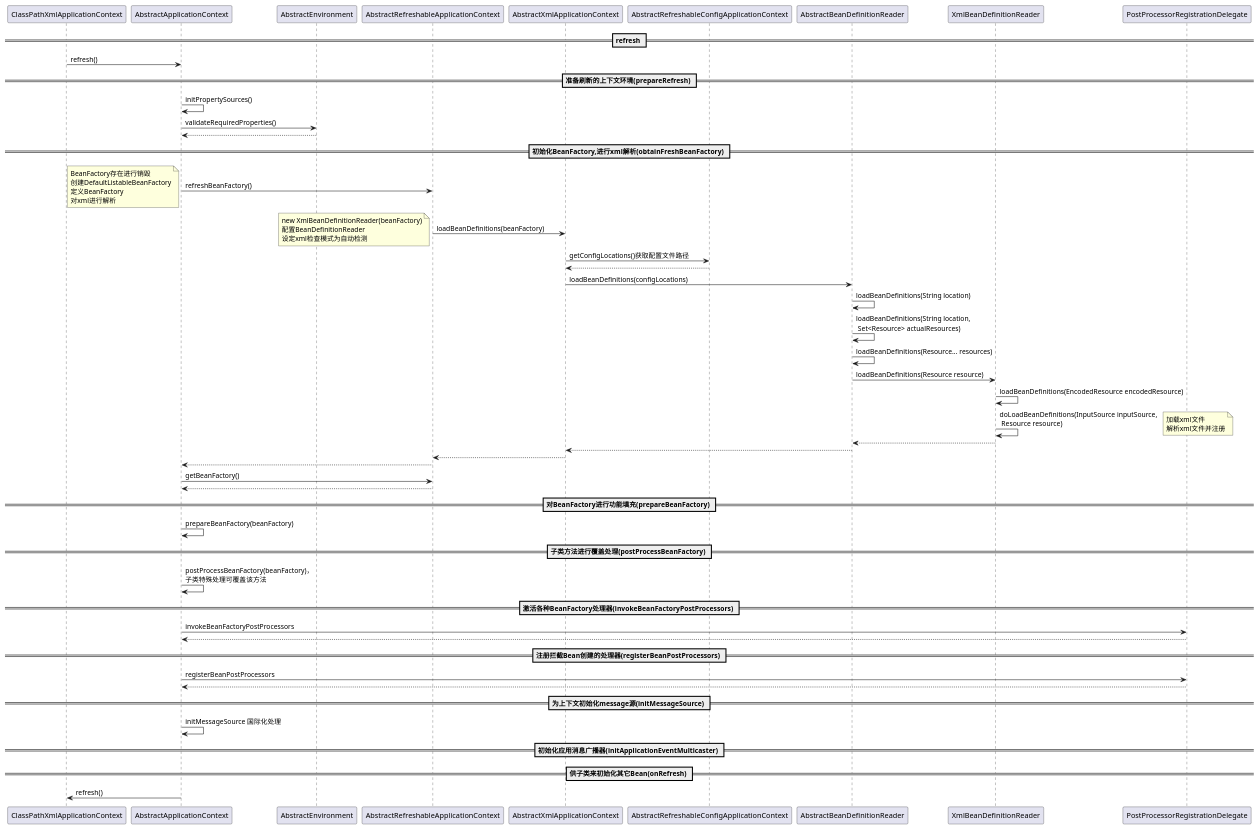
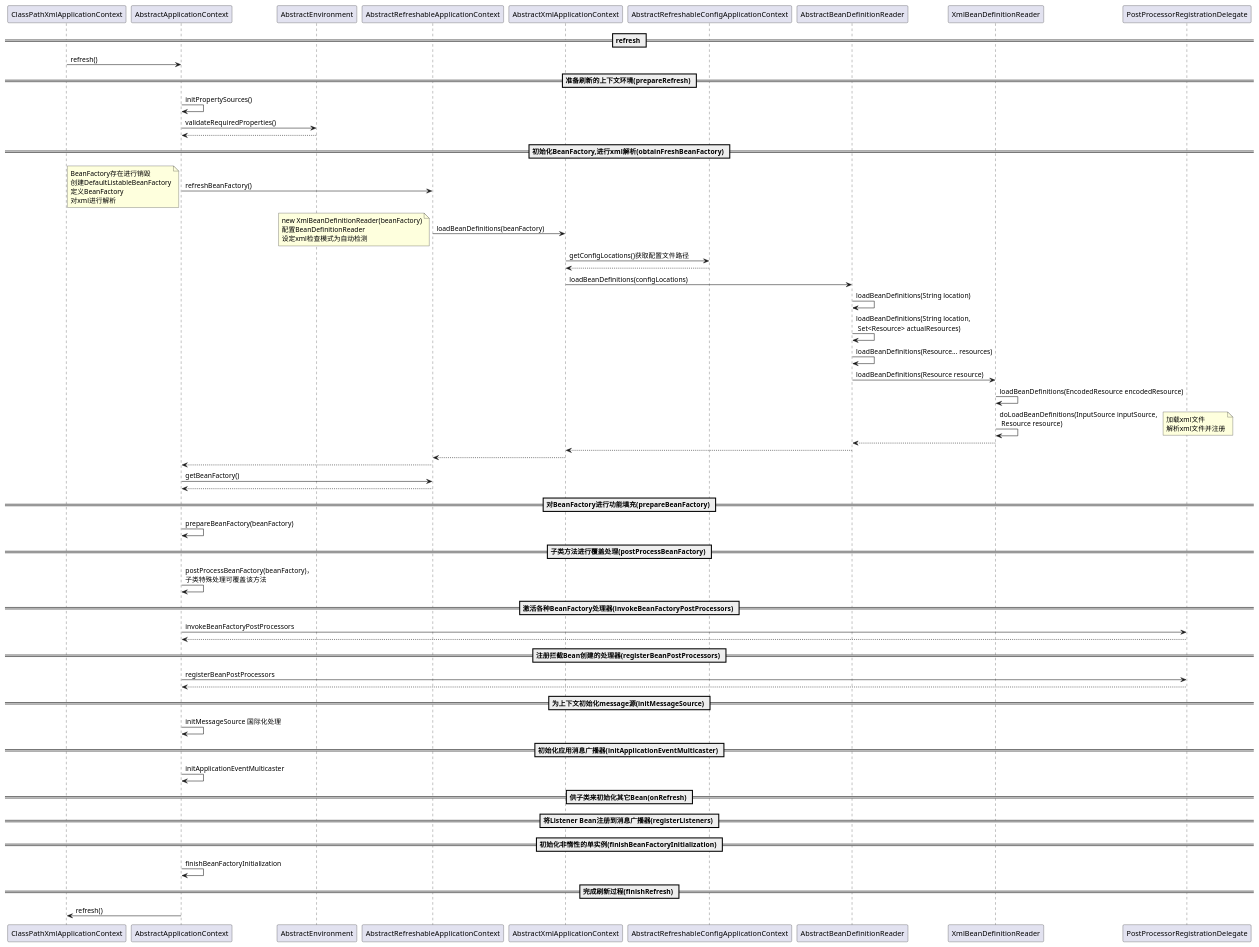
The diagram in springframework/src/main/java/com/study/springframework/ClassPathXmlApplicationContext-refresh.puml (Danny20151987/github), drawn with PlantUML before and after one commit. The commit also changed 51 other files, not shown here.

```diff
--- a/springframework/src/main/java/com/study/springframework/ClassPathXmlApplicationContext-refresh.puml
+++ b/springframework/src/main/java/com/study/springframework/ClassPathXmlApplicationContext-refresh.puml
@@ -1,57 +1,65 @@
 @startuml
 == refresh ==
 ClassPathXmlApplicationContext->AbstractApplicationContext:refresh()
 
 == 准备刷新的上下文环境(prepareRefresh) ==
 AbstractApplicationContext->AbstractApplicationContext:initPropertySources()
 AbstractApplicationContext->AbstractEnvironment:validateRequiredProperties()
 AbstractEnvironment -->AbstractApplicationContext
 
 == 初始化BeanFactory,进行xml解析(obtainFreshBeanFactory) ==
 AbstractApplicationContext -> AbstractRefreshableApplicationContext:refreshBeanFactory()
 note left:BeanFactory存在进行销毁\n创建DefaultListableBeanFactory\n定义BeanFactory\n对xml进行解析
 AbstractRefreshableApplicationContext->AbstractXmlApplicationContext:loadBeanDefinitions(beanFactory)
 note left:new XmlBeanDefinitionReader(beanFactory)\n配置BeanDefinitionReader\n设定xml检查模式为自动检测
 AbstractXmlApplicationContext -> AbstractRefreshableConfigApplicationContext:getConfigLocations()获取配置文件路径
 AbstractRefreshableConfigApplicationContext -->AbstractXmlApplicationContext
 AbstractXmlApplicationContext ->AbstractBeanDefinitionReader:loadBeanDefinitions(configLocations)
 AbstractBeanDefinitionReader -> AbstractBeanDefinitionReader:loadBeanDefinitions(String location)
 AbstractBeanDefinitionReader -> AbstractBeanDefinitionReader:loadBeanDefinitions(String location,\n Set<Resource> actualResources)
 AbstractBeanDefinitionReader -> AbstractBeanDefinitionReader:loadBeanDefinitions(Resource... resources)
 AbstractBeanDefinitionReader -> XmlBeanDefinitionReader:loadBeanDefinitions(Resource resource)
 XmlBeanDefinitionReader -> XmlBeanDefinitionReader:loadBeanDefinitions(EncodedResource encodedResource)
 XmlBeanDefinitionReader -> XmlBeanDefinitionReader:doLoadBeanDefinitions(InputSource inputSource,\n Resource resource)
 note right:加载xml文件\n解析xml文件并注册
 XmlBeanDefinitionReader -->AbstractBeanDefinitionReader
 AbstractBeanDefinitionReader -->AbstractXmlApplicationContext
 AbstractXmlApplicationContext -->AbstractRefreshableApplicationContext
 AbstractRefreshableApplicationContext -->AbstractApplicationContext
 AbstractApplicationContext -> AbstractRefreshableApplicationContext:getBeanFactory()
 AbstractRefreshableApplicationContext -->AbstractApplicationContext
 
 == 对BeanFactory进行功能填充(prepareBeanFactory) ==
 AbstractApplicationContext -> AbstractApplicationContext:prepareBeanFactory(beanFactory)
 
 == 子类方法进行覆盖处理(postProcessBeanFactory) ==
 AbstractApplicationContext -> AbstractApplicationContext:postProcessBeanFactory(beanFactory)，\n子类特殊处理可覆盖该方法
 
 == 激活各种BeanFactory处理器(invokeBeanFactoryPostProcessors) ==
 AbstractApplicationContext -> PostProcessorRegistrationDelegate:invokeBeanFactoryPostProcessors
 PostProcessorRegistrationDelegate --> AbstractApplicationContext
 
 == 注册拦截Bean创建的处理器(registerBeanPostProcessors) ==
 AbstractApplicationContext -> PostProcessorRegistrationDelegate:registerBeanPostProcessors
 PostProcessorRegistrationDelegate --> AbstractApplicationContext
 
 == 为上下文初始化message源(initMessageSource) ==
 AbstractApplicationContext->AbstractApplicationContext:initMessageSource 国际化处理
 
 == 初始化应用消息广播器(initApplicationEventMulticaster) ==
+AbstractApplicationContext->AbstractApplicationContext:initApplicationEventMulticaster
 
 == 供子类来初始化其它Bean(onRefresh) ==
+
+== 将Listener Bean注册到消息广播器(registerListeners) ==
+
+== 初始化非惰性的单实例(finishBeanFactoryInitialization) ==
+AbstractApplicationContext->AbstractApplicationContext:finishBeanFactoryInitialization
+
+== 完成刷新过程(finishRefresh) ==
 
 
 
 
 AbstractApplicationContext->ClassPathXmlApplicationContext:refresh()
 @enduml
```
